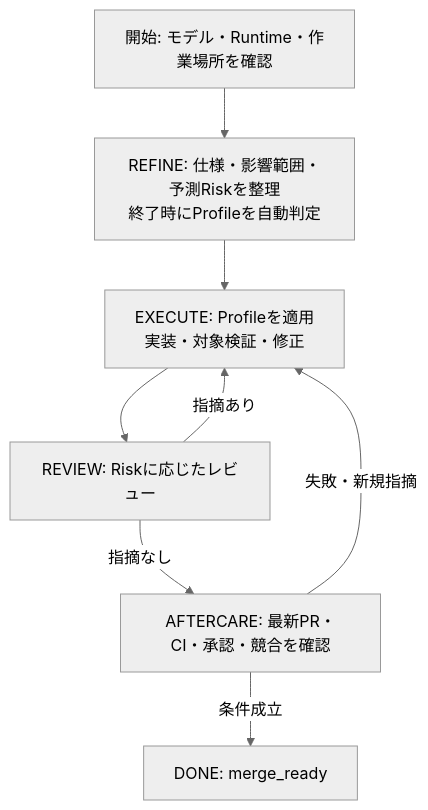
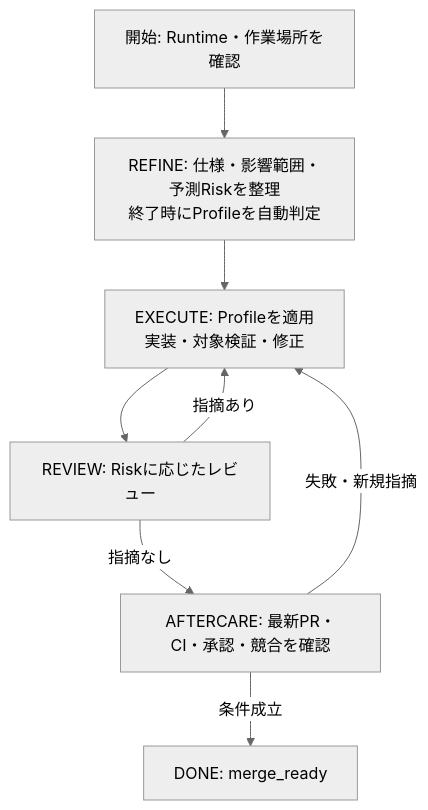
The diagram in docs/agent-harness-design.md (hondasports/kakeibo), drawn with Mermaid (neutral theme) before and after one commit. The commit also changed other lines of this file and 28 other files, not shown here.

````diff
--- a/docs/agent-harness-design.md
+++ b/docs/agent-harness-design.md
@@ -27,10 +27,10 @@
 ```mermaid
 flowchart TD
-  S["開始: モデル・Runtime・作業場所を確認"] --> R["REFINE: 仕様・影響範囲・予測Riskを整理<br/>終了時にProfileを自動判定"]
+  S["開始: Runtime・作業場所を確認"] --> R["REFINE: 仕様・影響範囲・予測Riskを整理<br/>終了時にProfileを自動判定"]
   R --> E["EXECUTE: Profileを適用<br/>実装・対象検証・修正"]
   E --> V["REVIEW: Riskに応じたレビュー"]
   V -- 指摘あり --> E
   V -- 指摘なし --> A["AFTERCARE: 最新PR・CI・承認・競合を確認"]
   A -- 失敗・新規指摘 --> E
   A -- 条件成立 --> D["DONE: merge_ready"]
 ```
````
